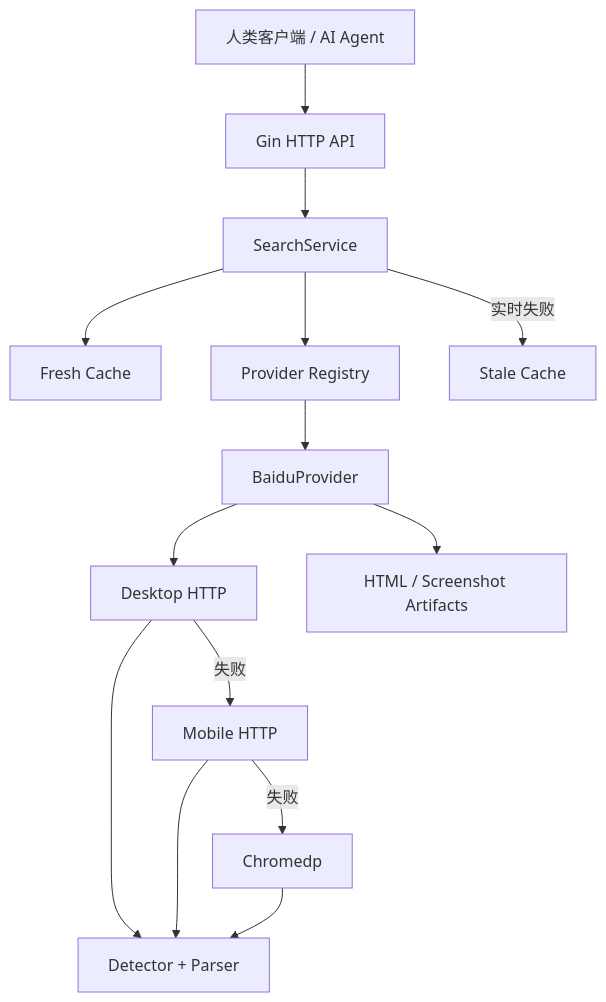
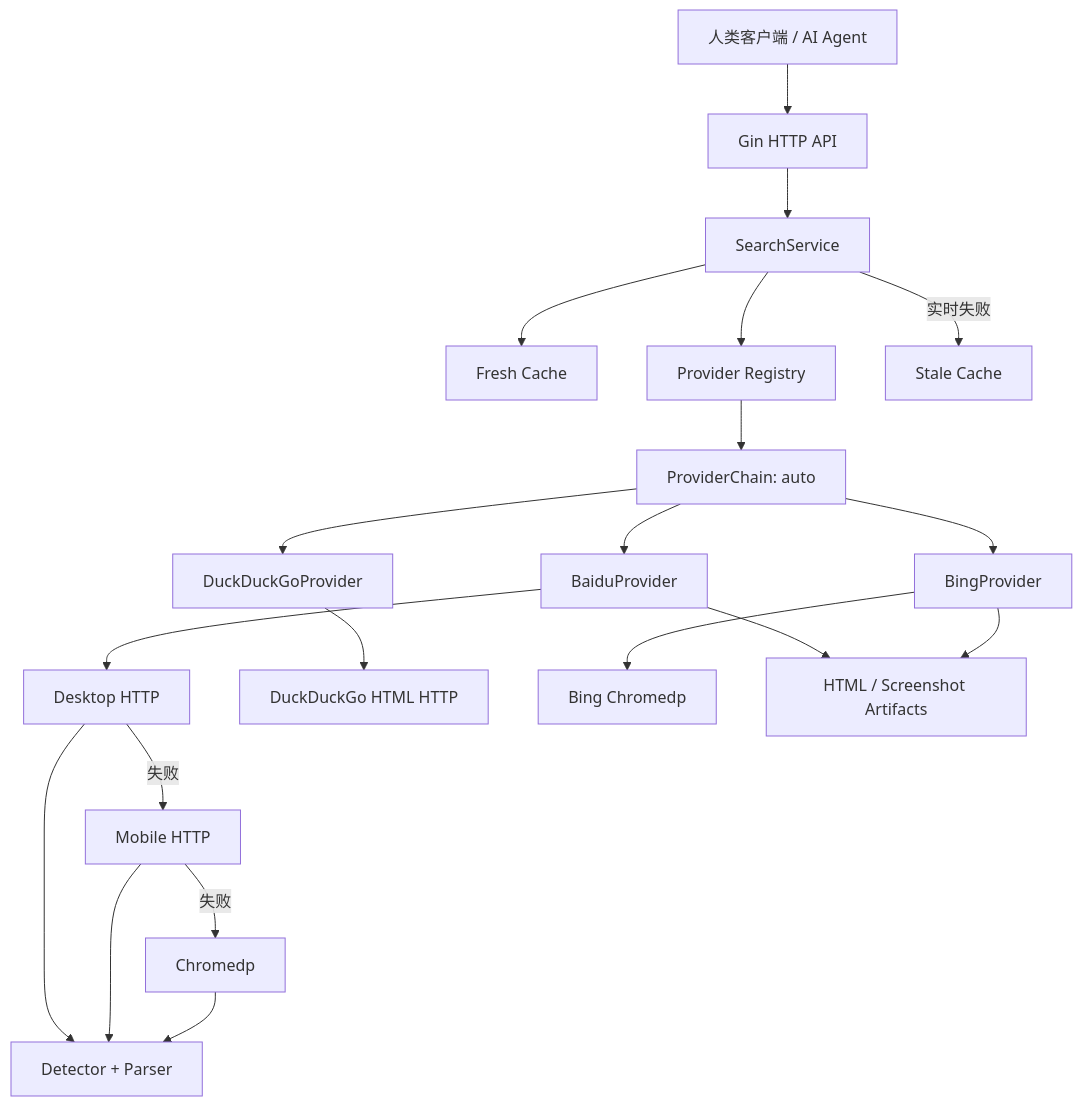
One commit to ZoeImport/search-x changed the diagram in README.md. Above: the diagram before and after it, drawn with Mermaid. The commit also changed other lines of this file and 17 other files, not shown here.

````diff
--- a/README.md
+++ b/README.md
@@ -9,16 +9,22 @@
 ```mermaid
 flowchart TD
     Client["人类客户端 / AI Agent"] --> Gin["Gin HTTP API"]
     Gin --> Service["SearchService"]
     Service --> Fresh["Fresh Cache"]
     Service --> Registry["Provider Registry"]
-    Registry --> Baidu["BaiduProvider"]
+    Registry --> Auto["ProviderChain: auto"]
+    Auto --> Baidu["BaiduProvider"]
+    Auto --> Duck["DuckDuckGoProvider"]
+    Auto --> Bing["BingProvider"]
     Baidu --> Desktop["Desktop HTTP"]
     Desktop -->|失败| Mobile["Mobile HTTP"]
     Mobile -->|失败| Chrome["Chromedp"]
     Desktop --> Detector["Detector + Parser"]
     Mobile --> Detector
     Chrome --> Detector
+    Duck --> DuckHTTP["DuckDuckGo HTML HTTP"]
+    Bing --> BingChrome["Bing Chromedp"]
     Service -->|实时失败| Stale["Stale Cache"]
     Baidu --> Artifacts["HTML / Screenshot Artifacts"]
+    Bing --> Artifacts
 ```
````
